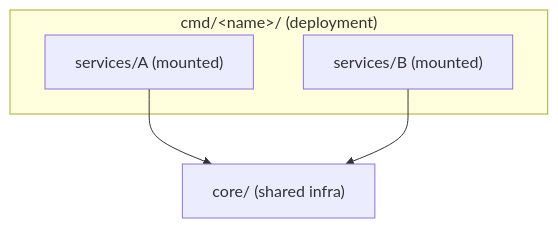
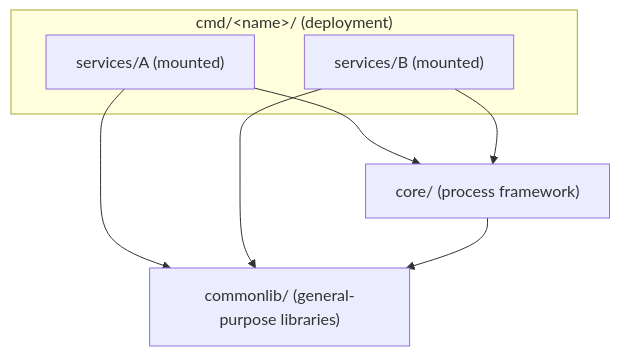
The diagram in README.md (kienvan102/monorepo-microservices-template), drawn with Mermaid before and after one commit. The commit also changed other lines of this file and 49 other files, not shown here.

````diff
--- a/README.md
+++ b/README.md
@@ -50,9 +50,12 @@
 ```mermaid
 flowchart TB
   subgraph D["cmd/&lt;name&gt;/ (deployment)"]
     A["services/A (mounted)"]
     B["services/B (mounted)"]
   end
-  A --> Core["core/ (shared infra)"]
+  A --> Core["core/ (process framework)"]
   B --> Core
+  A --> Lib["commonlib/ (general-purpose libraries)"]
+  B --> Lib
+  Core --> Lib
 ```
````
